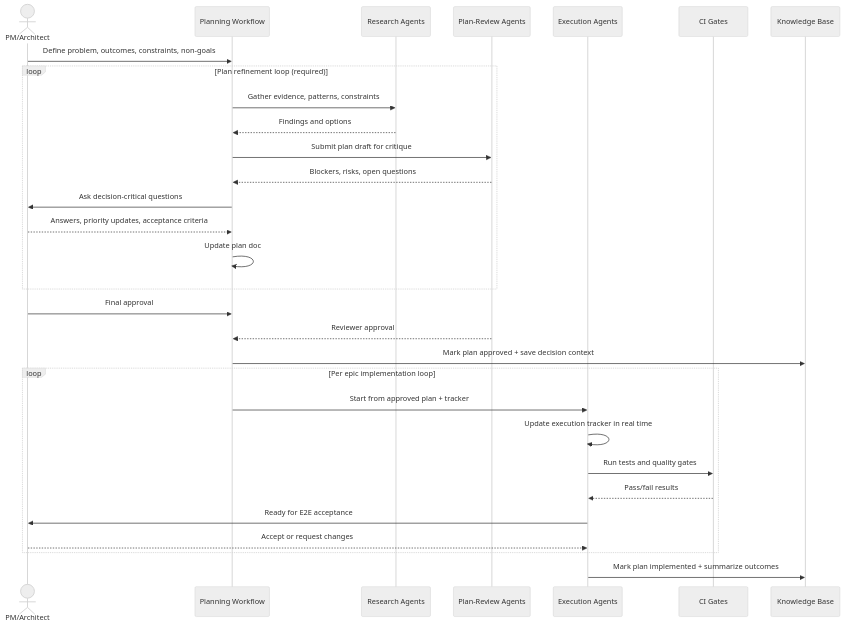
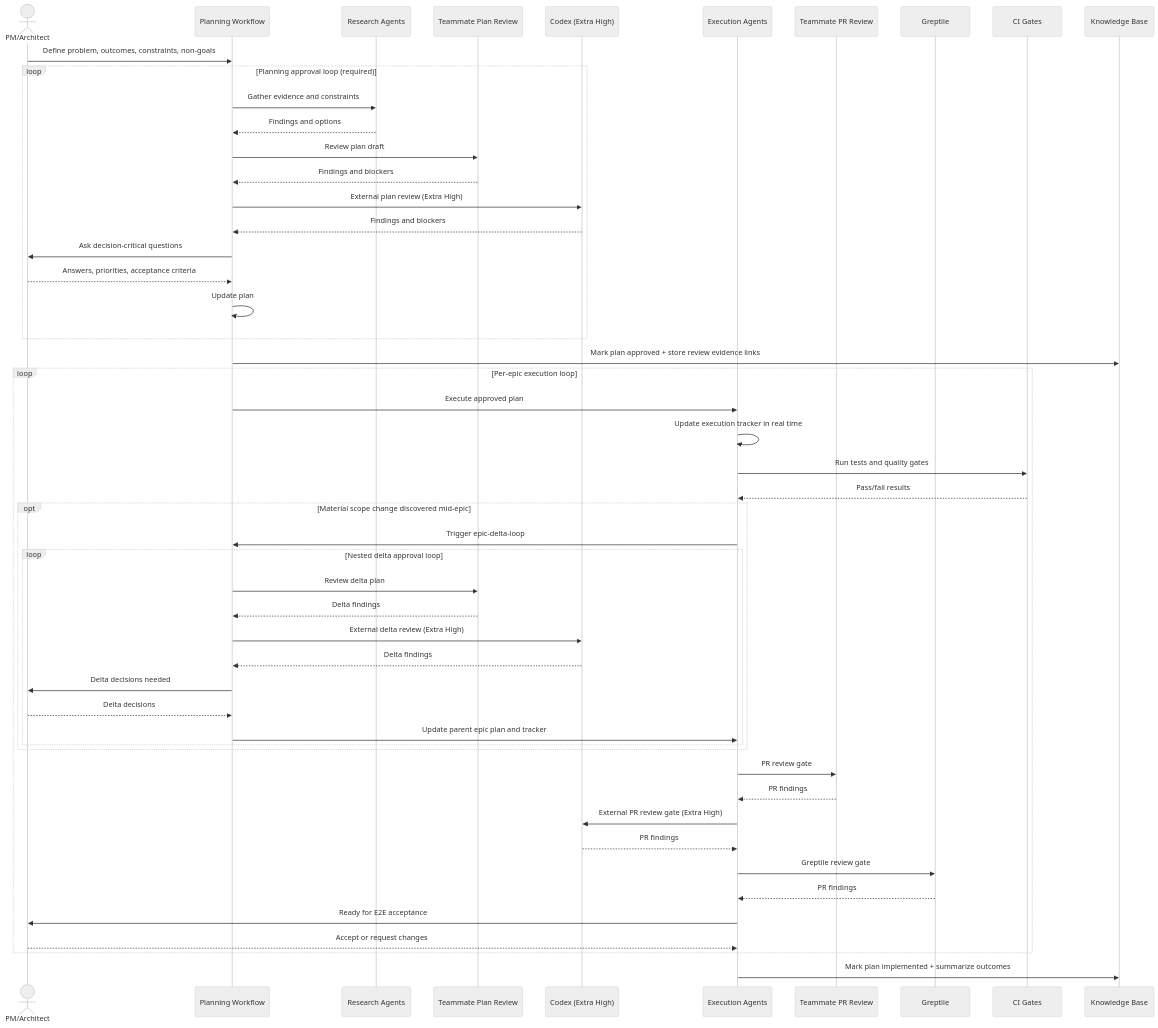
Before and after one commit to adam-badar/compound-engineering-system: the first of 2 diagrams in templates/docs/process/sequence-diagram.md, drawn with Mermaid (neutral theme). The commit also changed other lines of this file and 18 other files, not shown here.

Commit message:
feat: enforce codex and triple review gates with epic delta loop

````diff
--- a/templates/docs/process/sequence-diagram.md
+++ b/templates/docs/process/sequence-diagram.md
@@ -5,35 +5,58 @@
 ```mermaid
 sequenceDiagram
     actor PM as PM/Architect
     participant Plan as Planning Workflow
     participant Research as Research Agents
-    participant Review as Plan-Review Agents
+    participant TeamPlan as Teammate Plan Review
+    participant Codex as Codex (Extra High)
     participant Work as Execution Agents
+    participant TeamPR as Teammate PR Review
+    participant Greptile as Greptile
     participant CI as CI Gates
     participant KB as Knowledge Base
 
     PM->>Plan: Define problem, outcomes, constraints, non-goals
-    loop Plan refinement loop (required)
-        Plan->>Research: Gather evidence, patterns, constraints
+    loop Planning approval loop (required)
+        Plan->>Research: Gather evidence and constraints
         Research-->>Plan: Findings and options
-        Plan->>Review: Submit plan draft for critique
-        Review-->>Plan: Blockers, risks, open questions
+        Plan->>TeamPlan: Review plan draft
+        TeamPlan-->>Plan: Findings and blockers
+        Plan->>Codex: External plan review (Extra High)
+        Codex-->>Plan: Findings and blockers
         Plan->>PM: Ask decision-critical questions
-        PM-->>Plan: Answers, priority updates, acceptance criteria
-        Plan->>Plan: Update plan doc
+        PM-->>Plan: Answers, priorities, acceptance criteria
+        Plan->>Plan: Update plan
     end
-    PM->>Plan: Final approval
-    Review-->>Plan: Reviewer approval
-    Plan->>KB: Mark plan approved + save decision context
+    Plan->>KB: Mark plan approved + store review evidence links
 
-    loop Per epic implementation loop
-        Plan->>Work: Start from approved plan + tracker
+    loop Per-epic execution loop
+        Plan->>Work: Execute approved plan
         Work->>Work: Update execution tracker in real time
         Work->>CI: Run tests and quality gates
         CI-->>Work: Pass/fail results
+
+        opt Material scope change discovered mid-epic
+            Work->>Plan: Trigger epic-delta-loop
+            loop Nested delta approval loop
+                Plan->>TeamPlan: Review delta plan
+                TeamPlan-->>Plan: Delta findings
+                Plan->>Codex: External delta review (Extra High)
+                Codex-->>Plan: Delta findings
+                Plan->>PM: Delta decisions needed
+                PM-->>Plan: Delta decisions
+                Plan->>Work: Update parent epic plan and tracker
+            end
+        end
+
+        Work->>TeamPR: PR review gate
+        TeamPR-->>Work: PR findings
+        Work->>Codex: External PR review gate (Extra High)
+        Codex-->>Work: PR findings
+        Work->>Greptile: Greptile review gate
+        Greptile-->>Work: PR findings
         Work->>PM: Ready for E2E acceptance
         PM-->>Work: Accept or request changes
     end
 
     Work->>KB: Mark plan implemented + summarize outcomes
 ```
````
